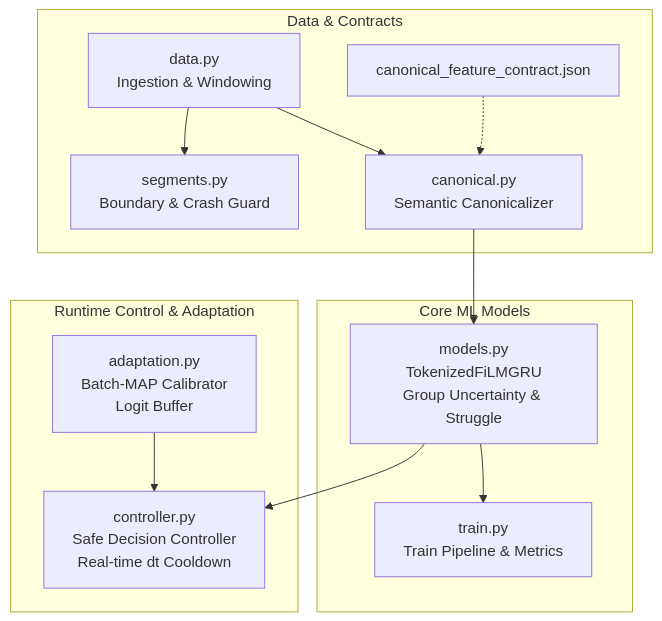
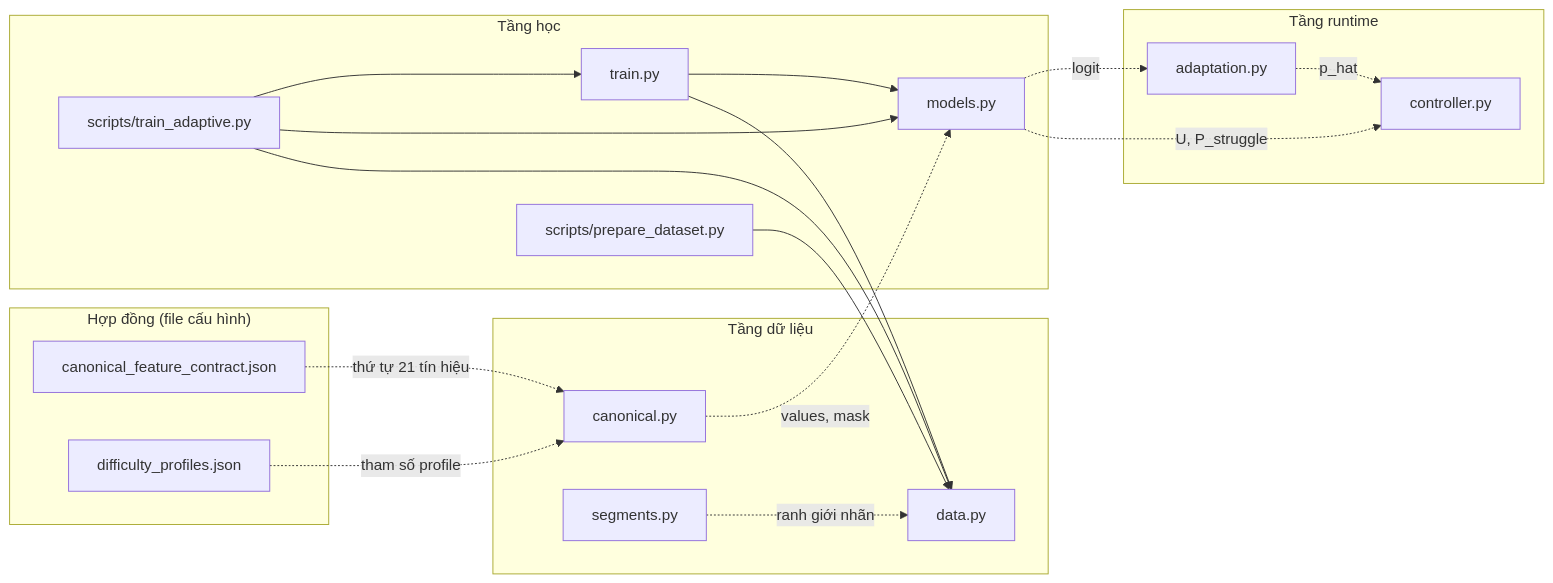
The second of 16 diagrams in SYSTEM_ARCHITECTURE_ANALYSIS.md (sonbm-itealvn/DDA-models), drawn with Mermaid before and after one commit. The commit also changed other lines of this file and 2 other files, not shown here.

````diff
--- a/SYSTEM_ARCHITECTURE_ANALYSIS.md
+++ b/SYSTEM_ARCHITECTURE_ANALYSIS.md
@@ -114,27 +234,40 @@
 ```mermaid
-graph TD
-    subgraph Data & Contracts
-        D[data.py<br/>Ingestion & Windowing]
-        S[segments.py<br/>Boundary & Crash Guard]
-        C[canonical.py<br/>Semantic Canonicalizer]
-        CFG[canonical_feature_contract.json]
+flowchart LR
+    subgraph CFG["Hợp đồng (file cấu hình)"]
+        CJ["canonical_feature_contract.json"]
+        DP["difficulty_profiles.json"]
     end
 
-    subgraph Core ML Models
-        M[models.py<br/>TokenizedFiLMGRU<br/>Group Uncertainty & Struggle]
-        T[train.py<br/>Train Pipeline & Metrics]
+    subgraph DATA["Tầng dữ liệu"]
+        D["data.py"]
+        S["segments.py"]
+        C["canonical.py"]
     end
 
-    subgraph Runtime Control & Adaptation
-        A[adaptation.py<br/>Batch-MAP Calibrator<br/>Logit Buffer]
-        CTRL[controller.py<br/>Safe Decision Controller<br/>Real-time dt Cooldown]
+    subgraph LEARN["Tầng học"]
+        M["models.py"]
+        T["train.py"]
+        SA["scripts/train_adaptive.py"]
+        SP["scripts/prepare_dataset.py"]
     end
 
-    CFG -.-> C
-    D --> S
-    D --> C
-    C --> M
-    M --> T
-    M --> CTRL
-    A --> CTRL
+    subgraph RT["Tầng runtime"]
+        A["adaptation.py"]
+        K["controller.py"]
+    end
+
+    T --> D
+    T --> M
+    SA --> D
+    SA --> M
+    SA --> T
+    SP --> D
+
+    CJ -.->|"thứ tự 21 tín hiệu"| C
+    DP -.->|"tham số profile"| C
+    S -.->|"ranh giới nhãn"| D
+    C -.->|"values, mask"| M
+    M -.->|"logit"| A
+    A -.->|"p_hat"| K
+    M -.->|"U, P_struggle"| K
 ```
````
